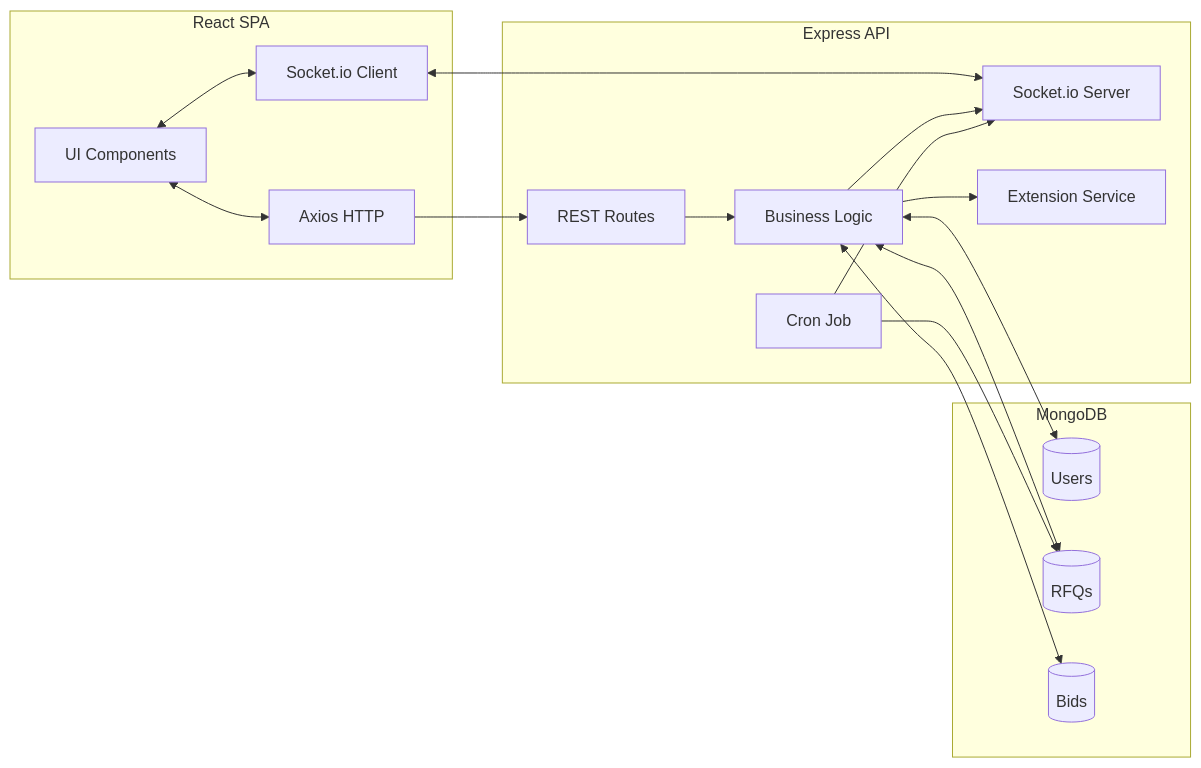
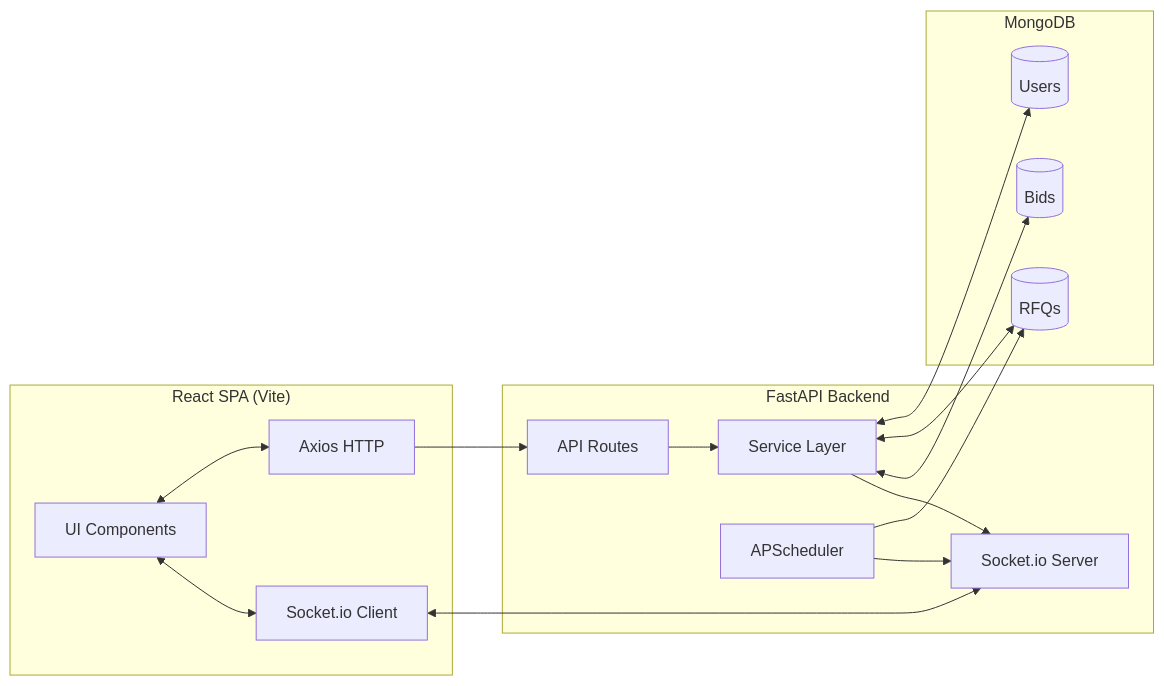
One commit to aryanitt/AuctionX changed the first of 4 diagrams in docs/HLD.md. Above: the diagram before and after it, drawn with Mermaid. The commit also changed other lines of this file and 5963 other files, not shown here.

````diff
--- a/docs/HLD.md
+++ b/docs/HLD.md
@@ -7,36 +9,34 @@
 ```mermaid
 flowchart LR
-    subgraph Frontend [React SPA]
+    subgraph Frontend ["React SPA (Vite)"]
         UI[UI Components]
         API_Call[Axios HTTP]
         Socket_Client[Socket.io Client]
     end
 
-    subgraph Backend [Express API]
-        Router[REST Routes]
-        Controllers[Business Logic]
+    subgraph Backend ["FastAPI Backend"]
+        Router[API Routes]
+        Services[Service Layer]
         Socket_Server[Socket.io Server]
-        Services[Extension Service]
-        Cron[Cron Job]
+        Scheduler[APScheduler]
     end
 
     subgraph Database [MongoDB]
         Users[(Users)]
         RFQs[(RFQs)]
         Bids[(Bids)]
     end
 
     UI <--> API_Call
     UI <--> Socket_Client
-    
+
     API_Call --> Router
-    Router --> Controllers
-    Controllers --> Services
-    Controllers <--> Users & RFQs & Bids
-    
+    Router --> Services
+    Services <--> Users & RFQs & Bids
+
     Socket_Client <--> Socket_Server
-    Controllers --> Socket_Server
-    
-    Cron --> RFQs
-    Cron --> Socket_Server
+    Services --> Socket_Server
+
+    Scheduler --> RFQs
+    Scheduler --> Socket_Server
 ```
````
